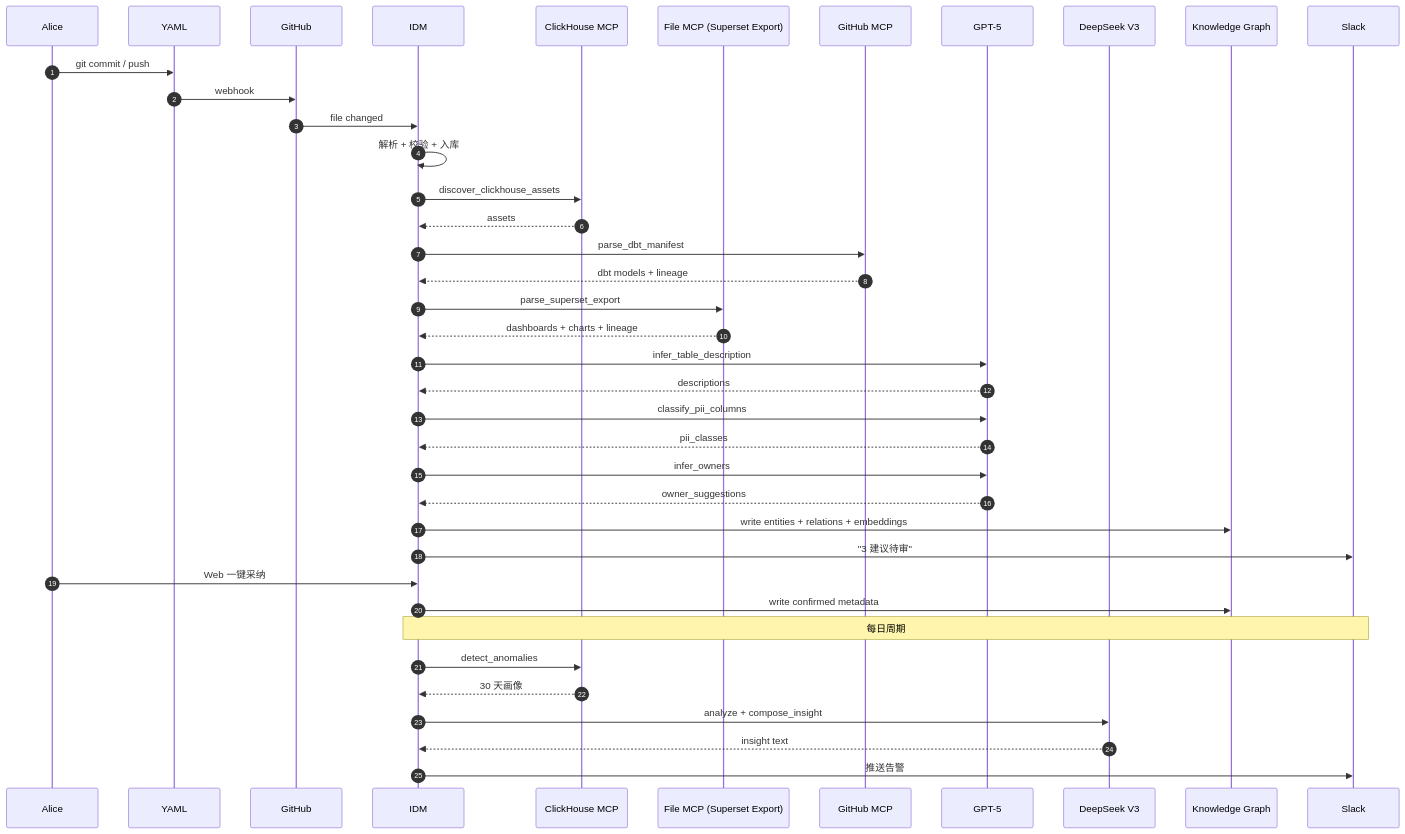
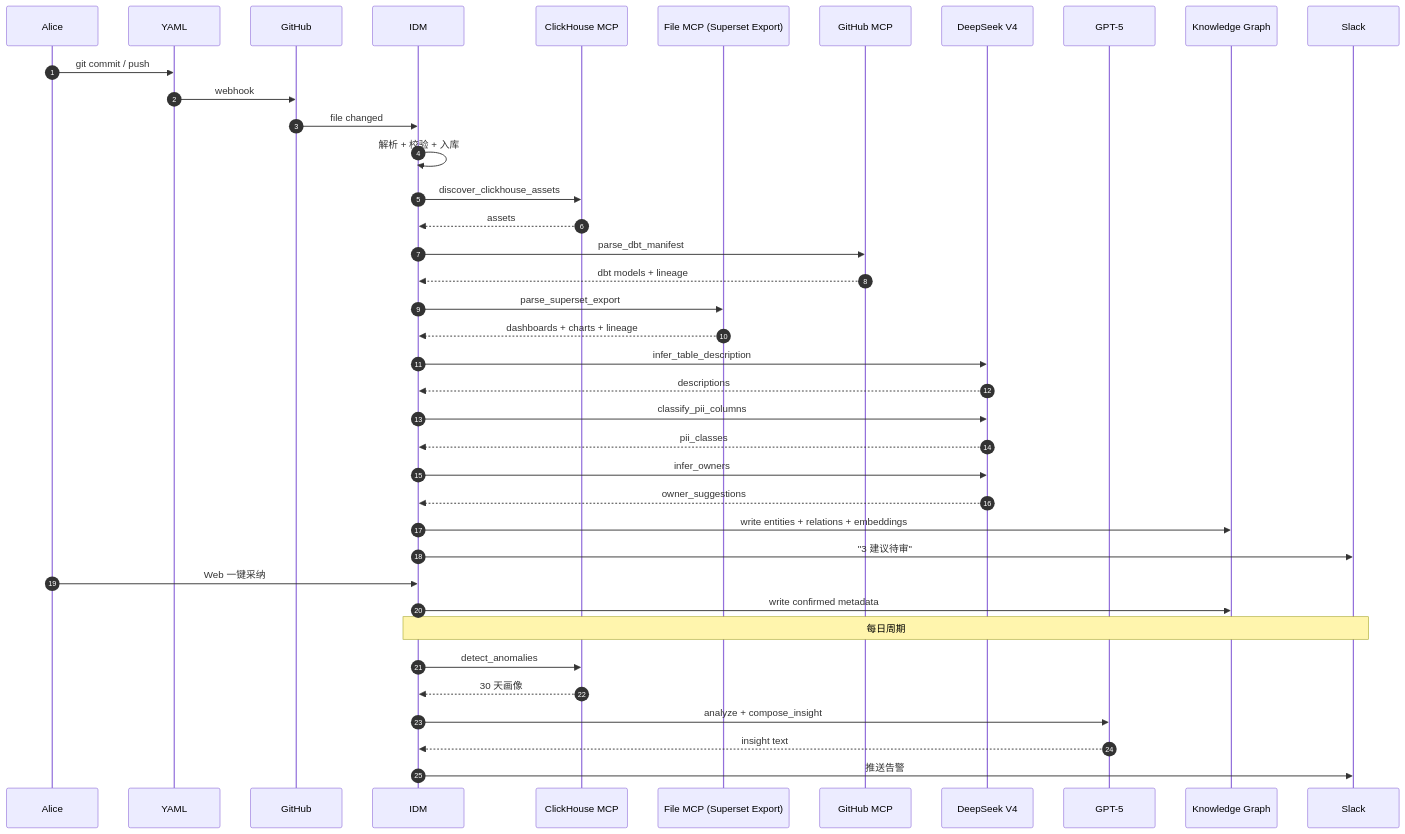
One commit to gavenlv/idm changed the tenth of 10 diagrams in docs/design/walkthrough.md. Above: the diagram before and after it, drawn with Mermaid. The commit also changed other lines of this file and 140 other files, not shown here.

````diff
--- a/docs/design/walkthrough.md
+++ b/docs/design/walkthrough.md
@@ -643,42 +643,42 @@
 ```mermaid
 sequenceDiagram
     autonumber
     participant U as Alice
     participant Y as YAML
     participant GH as GitHub
     participant IDM as IDM
     participant CH as ClickHouse MCP
     participant FS as File MCP (Superset Export)
     participant GM as GitHub MCP
-    participant L1 as GPT-5
-    participant L2 as DeepSeek V3
+    participant L1 as DeepSeek V4
+    participant L2 as GPT-5
     participant KG as Knowledge Graph
     participant SL as Slack
 
     U->>Y: git commit / push
     Y->>GH: webhook
     GH->>IDM: file changed
     IDM->>IDM: 解析 + 校验 + 入库
     IDM->>CH: discover_clickhouse_assets
     CH-->>IDM: assets
     IDM->>GM: parse_dbt_manifest
     GM-->>IDM: dbt models + lineage
     IDM->>FS: parse_superset_export
     FS-->>IDM: dashboards + charts + lineage
     IDM->>L1: infer_table_description
     L1-->>IDM: descriptions
     IDM->>L1: classify_pii_columns
     L1-->>IDM: pii_classes
     IDM->>L1: infer_owners
     L1-->>IDM: owner_suggestions
     IDM->>KG: write entities + relations + embeddings
     IDM->>SL: "3 建议待审"
     U->>IDM: Web 一键采纳
     IDM->>KG: write confirmed metadata
     Note over IDM,SL: 每日周期
     IDM->>CH: detect_anomalies
     CH-->>IDM: 30 天画像
     IDM->>L2: analyze + compose_insight
     L2-->>IDM: insight text
     IDM->>SL: 推送告警
 ```
````
